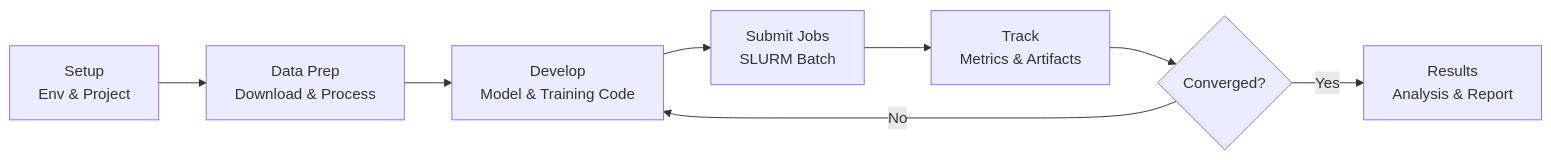
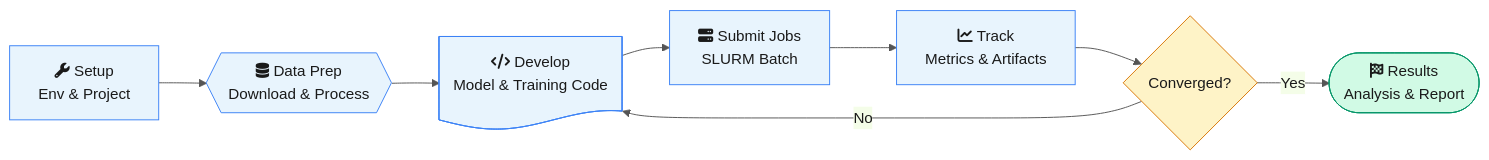
Before and after one commit to OSU-CAR-MSL/lab-setup-guide: the diagram in docs/ml-workflows/ml-workflow.md, drawn with Mermaid. The commit also changed 13 other files, not shown here.

First line of the commit message:
Enhance all 22 Mermaid diagrams with semantic shapes, icons, and color coding

````diff
--- a/docs/ml-workflows/ml-workflow.md
+++ b/docs/ml-workflows/ml-workflow.md
@@ -11,10 +11,16 @@
 ```mermaid
+%%{init: {'theme': 'base', 'themeVariables': {'primaryColor': '#e8f4fd', 'primaryTextColor': '#1a1a1a', 'lineColor': '#555'}}}%%
 flowchart LR
-    A[Setup\nEnv & Project] --> B[Data Prep\nDownload & Process]
-    B --> C[Develop\nModel & Training Code]
-    C --> D[Submit Jobs\nSLURM Batch]
-    D --> E[Track\nMetrics & Artifacts]
-    E --> F{Converged?}
-    F -->|No| C
-    F -->|Yes| G[Results\nAnalysis & Report]
+    A["fa:fa-wrench Setup\nEnv & Project"]:::process --> B@{ shape: hex, label: "fa:fa-database Data Prep\nDownload & Process" }
+    B:::process --> C@{ shape: doc, label: "fa:fa-code Develop\nModel & Training Code" }
+    C:::process --> D["fa:fa-server Submit Jobs\nSLURM Batch"]:::process
+    D --> E["fa:fa-chart-line Track\nMetrics & Artifacts"]:::process
+    E --> F@{ shape: diam, label: "Converged?" }
+    F:::decision -->|No| C
+    F -->|Yes| G@{ shape: stadium, label: "fa:fa-flag-checkered Results\nAnalysis & Report" }
+    G:::success
+
+    classDef process fill:#e8f4fd,stroke:#3b82f6
+    classDef decision fill:#fef3c7,stroke:#d97706
+    classDef success fill:#d1fae5,stroke:#059669
 ```
````
